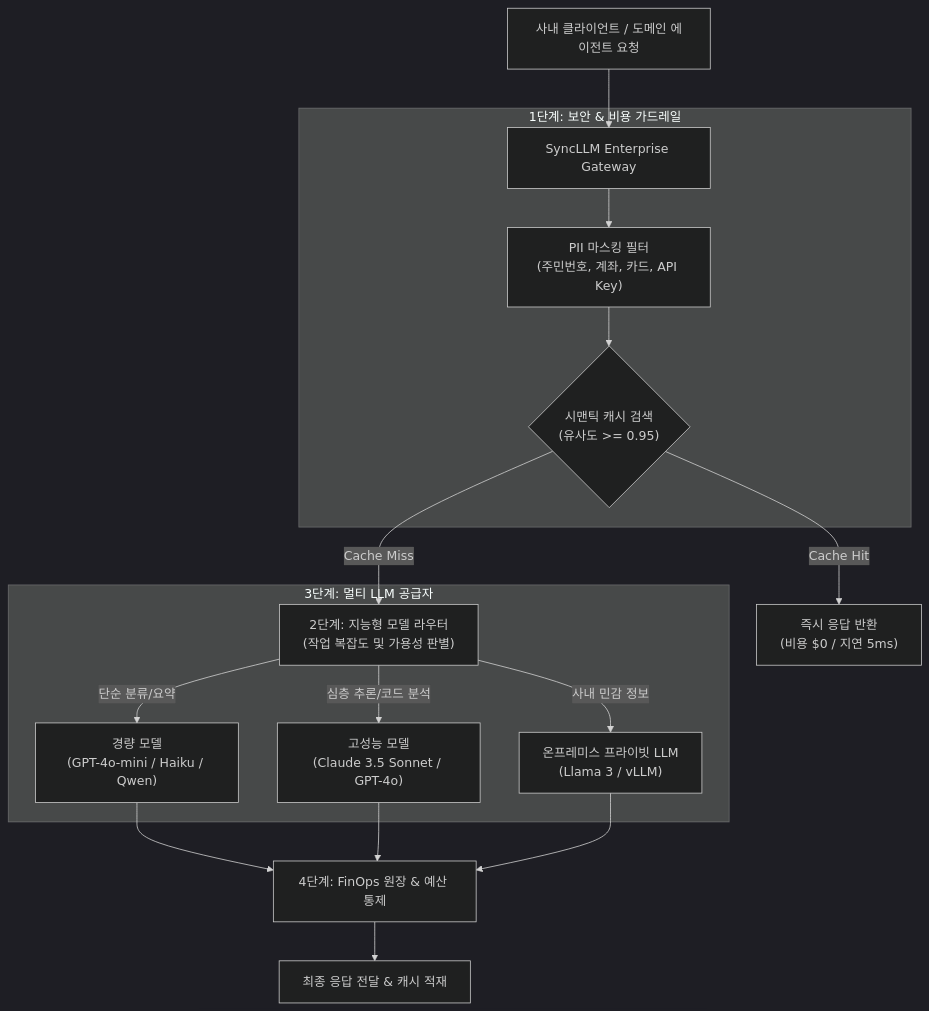
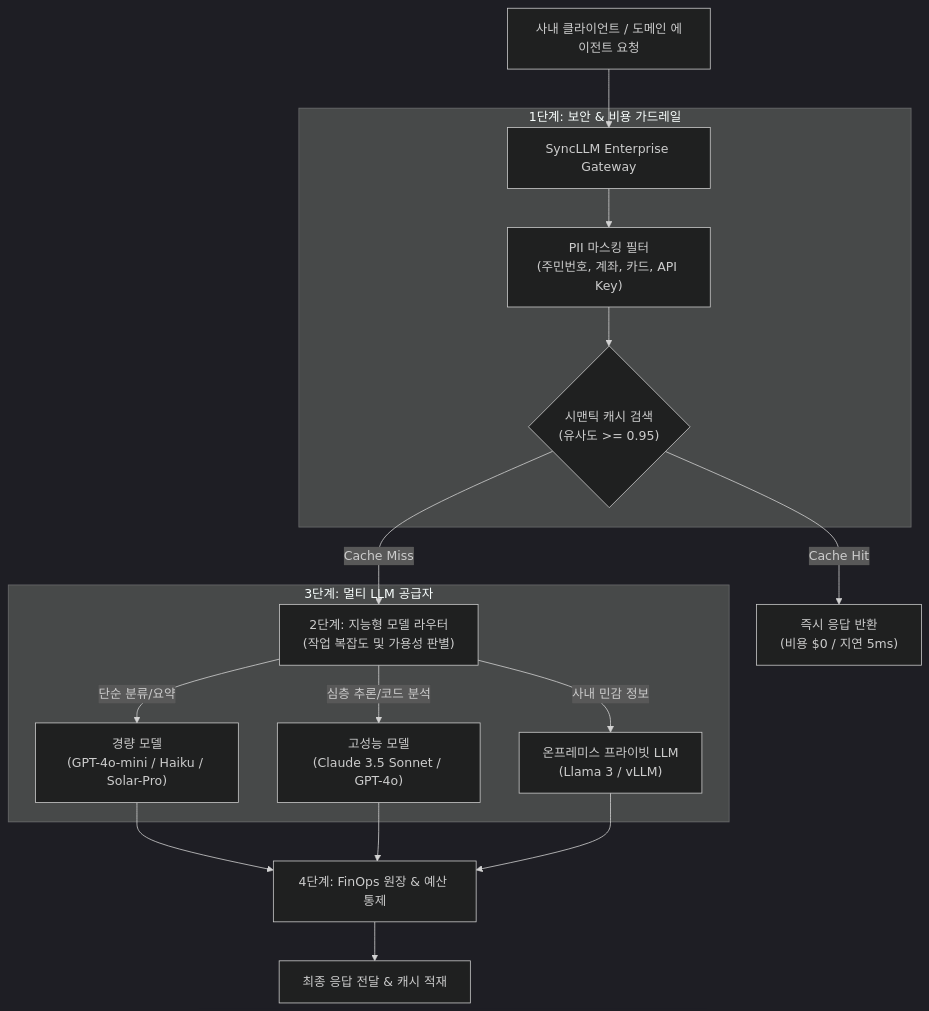
One commit to DramaticCollaboration/doc.github.io changed the diagram in ko/syncllm/index.md. Above: the diagram before and after it, drawn with Mermaid (dark theme). The commit also changed 49 other files, not shown here.

````diff
--- a/ko/syncllm/index.md
+++ b/ko/syncllm/index.md
@@ -34,30 +34,30 @@
 ```mermaid
 flowchart TD
     Req["사내 클라이언트 / 도메인 에이전트 요청"] --> Gate["SyncLLM Enterprise Gateway"]
 
     subgraph Defense ["1단계: 보안 & 비용 가드레일"]
         Gate --> PII["PII 마스킹 필터
 (주민번호, 계좌, 카드, API Key)"]
         PII --> Cache{"시맨틱 캐시 검색
 (유사도 >= 0.95)"}
     end
 
     Cache -->|"Cache Hit"| QuickRes["즉시 응답 반환
 (비용 $0 / 지연 5ms)"]
     Cache -->|"Cache Miss"| Router["2단계: 지능형 모델 라우터
 (작업 복잡도 및 가용성 판별)"]
 
     subgraph Providers ["3단계: 멀티 LLM 공급자"]
         Router -->|"단순 분류/요약"| LiteModel["경량 모델
-(GPT-4o-mini / Haiku / Qwen)"]
+(GPT-4o-mini / Haiku / Solar-Pro)"]
         Router -->|"심층 추론/코드 분석"| ProModel["고성능 모델
 (Claude 3.5 Sonnet / GPT-4o)"]
         Router -->|"사내 민감 정보"| LocalModel["온프레미스 프라이빗 LLM
 (Llama 3 / vLLM)"]
     end
 
     LiteModel --> FinOps["4단계: FinOps 원장 & 예산 통제"]
     ProModel --> FinOps
     LocalModel --> FinOps
     FinOps --> Result["최종 응답 전달 & 캐시 적재"]
 ```
````
